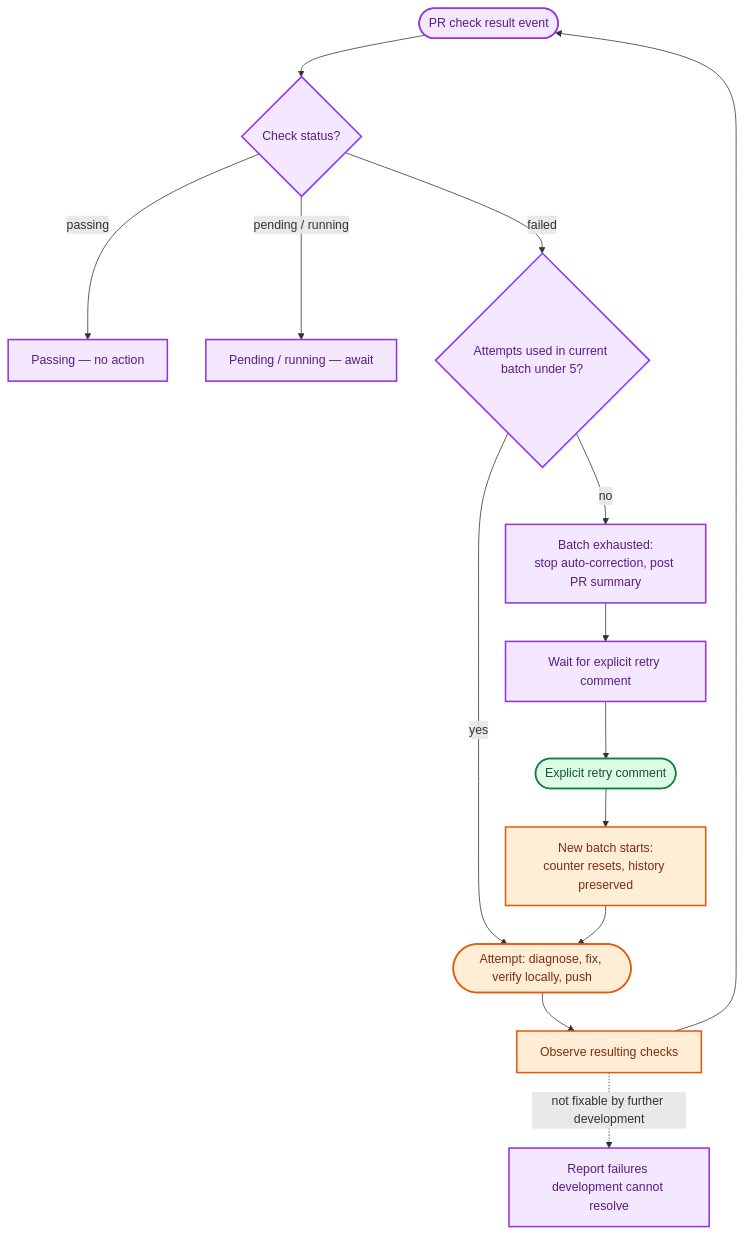
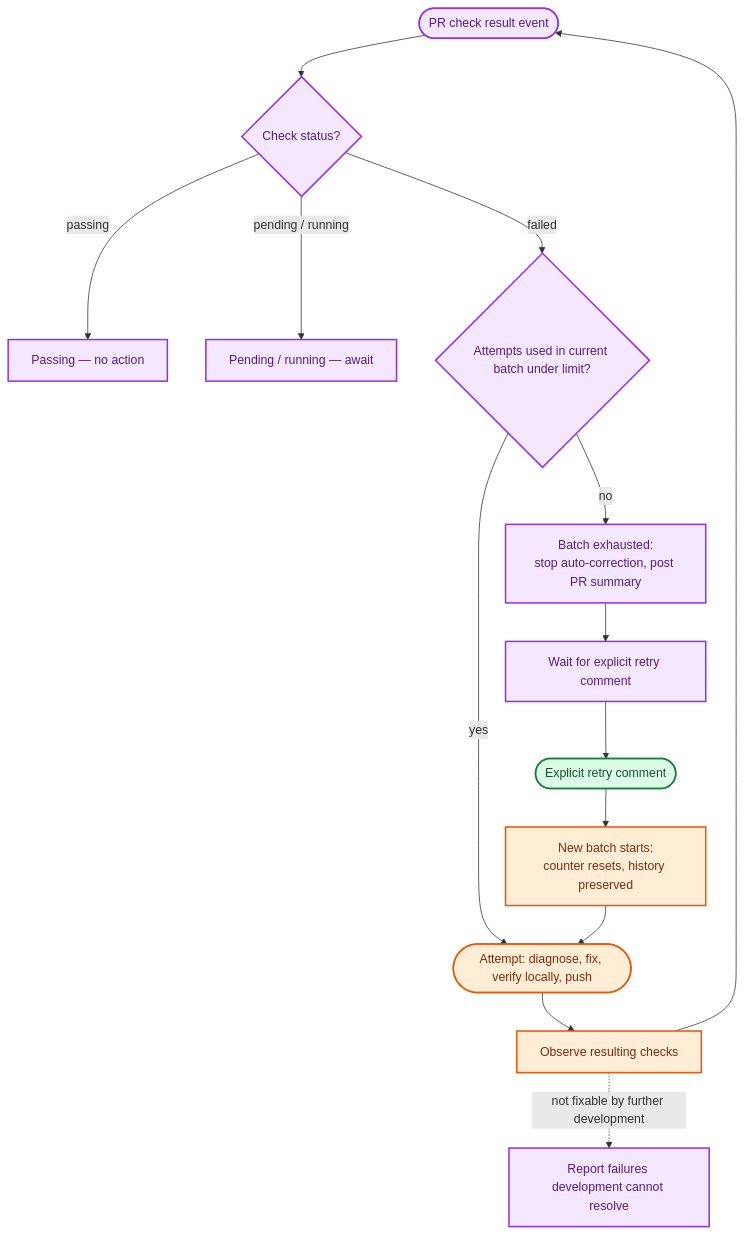
The second of 3 diagrams in docs/adr/0006-pr-process.md (hlsekowski/qnagym), drawn with Mermaid before and after one commit. The commit also changed other lines of this file, not shown here.

````diff
--- a/docs/adr/0006-pr-process.md
+++ b/docs/adr/0006-pr-process.md
@@ -70,37 +72,37 @@
 ```mermaid
 flowchart TD
     EVENT(["PR check result event"])
     STATUS{"Check status?"}
     PASS["Passing — no action"]
     PENDING["Pending / running — await"]
-    BUDGET{"Attempts used in current batch under 5?"}
+    BUDGET{"Attempts used in current batch under limit?"}
     ATTEMPT(["Attempt: diagnose, fix, verify locally, push"])
     OBSERVE["Observe resulting checks"]
     EXHAUSTED["Batch exhausted:<br/>stop auto-correction, post PR summary"]
     WAIT["Wait for explicit retry comment"]
     RETRY(["Explicit retry comment"])
     NEWBATCH["New batch starts:<br/>counter resets, history preserved"]
     UNRESOLVABLE["Report failures development cannot resolve"]
 
     EVENT --> STATUS
     STATUS -->|"passing"| PASS
     STATUS -->|"pending / running"| PENDING
     STATUS -->|"failed"| BUDGET
     BUDGET -->|"yes"| ATTEMPT
     ATTEMPT --> OBSERVE
     OBSERVE --> EVENT
     BUDGET -->|"no"| EXHAUSTED
     EXHAUSTED --> WAIT
     WAIT --> RETRY
     RETRY --> NEWBATCH
     NEWBATCH --> ATTEMPT
     OBSERVE -.->|"not fixable by further development"| UNRESOLVABLE
 
     classDef pr fill:#f3e8ff,stroke:#9333ea,color:#581c87,stroke-width:2px
     classDef dev fill:#ffedd5,stroke:#ea580c,color:#7c2d12,stroke-width:2px
     classDef human fill:#dcfce7,stroke:#15803d,color:#14532d,stroke-width:2px
 
     class EVENT,STATUS,PASS,PENDING,BUDGET,EXHAUSTED,WAIT,UNRESOLVABLE pr
     class ATTEMPT,OBSERVE,NEWBATCH dev
     class RETRY human
 ```
````
